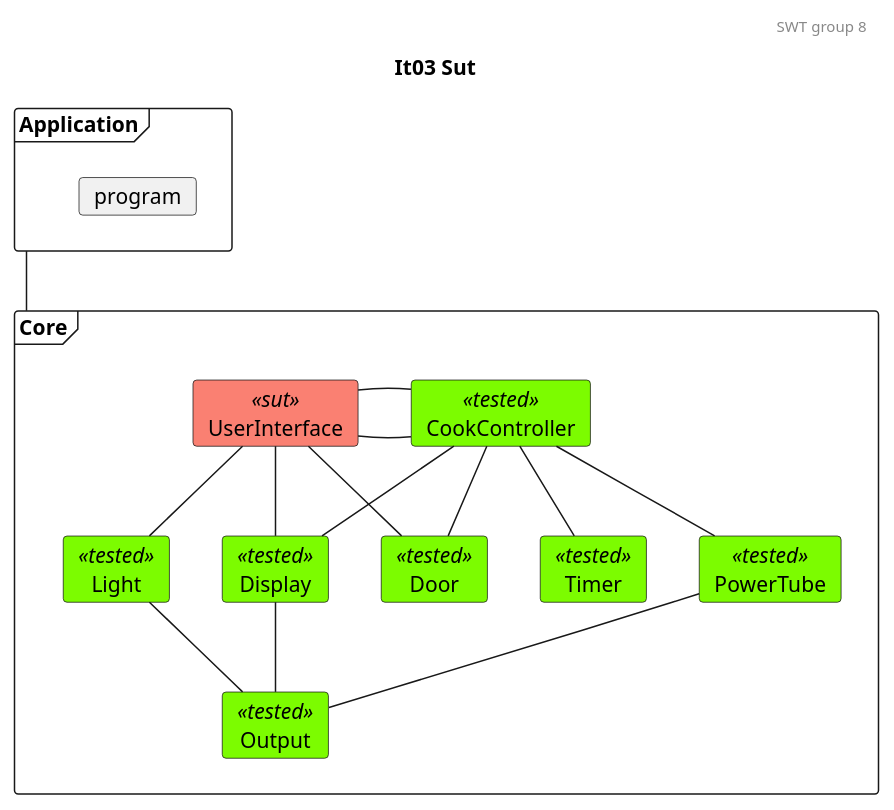
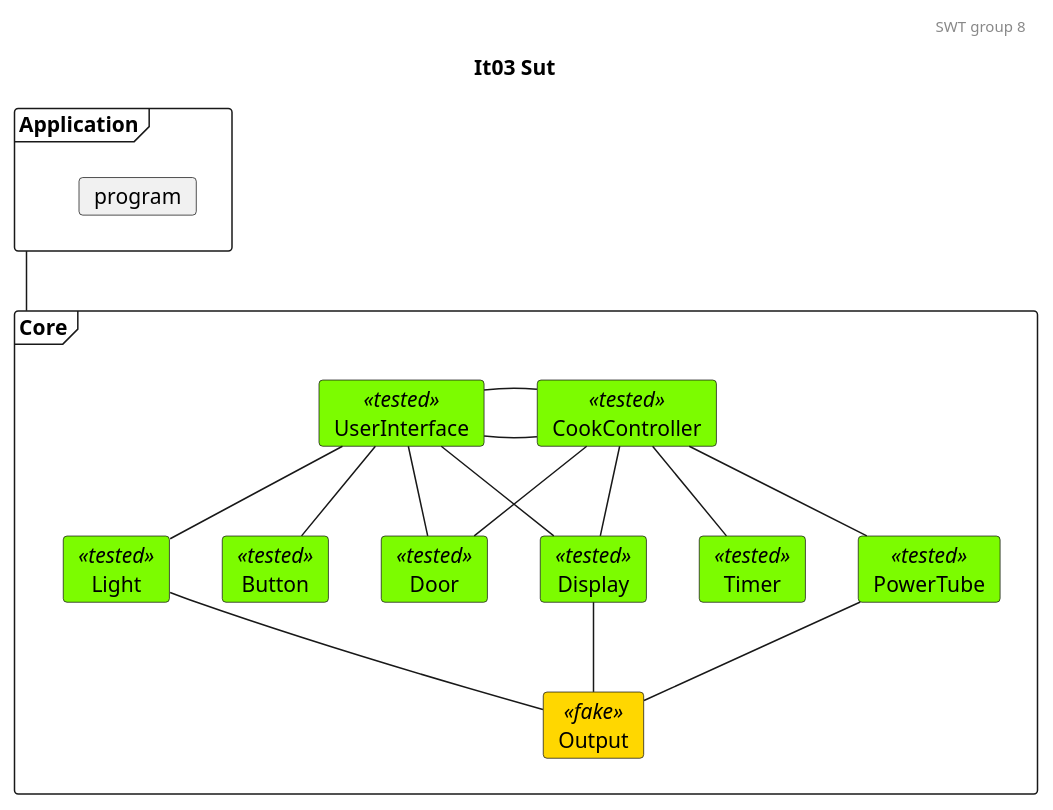
The diagram in docs/SysTestTree3.plantuml (mikkel-ol/I4SWT-MicrowaveOven), drawn with PlantUML before and after one commit. The commit also changed 5 other files, not shown here.

```diff
--- a/docs/SysTestTree3.plantuml
+++ b/docs/SysTestTree3.plantuml
@@ -1,57 +1,60 @@
 @startuml
 
 'Testing colors:
 skinparam card{
     backgroundColor<<tested>> lawngreen
     backgroundColor<<sut>> salmon
-    'backgroundColor<<tested>> gold
+    backgroundColor<<test>> salmon
+    backgroundColor<<fake>> gold
 }
 
 header SWT group 8
 title It03 Sut
 
 frame Application{
     card program
 }
 
 frame Core{
-    card UserInterface<<sut>>
+    card UserInterface<<tested>>
     card CookController<<tested>>
 
     card Door<<tested>>
     card Light<<tested>>
     card Timer<<tested>>
     card PowerTube<<tested>>
     card Display<<tested>>
-    card Output<<tested>>
+    card Output<<fake>>
+    card Button<<tested>>
 }
 
 'Relations projects
 ' 0. to 1.
 Application -- Core
 
 'Relations CookController:
 '1.
 CookController - UserInterface
 '1. to 2.
 CookController -- Door
 CookController -- Timer
 CookController -- PowerTube
 CookController -- Display
 
 'Relations UserInterface:
 '1.
 UserInterface - CookController
 '1. to 2.
 UserInterface -- Light
 UserInterface -- Door
 UserInterface -- Display
+UserInterface -- Button
 
 ' Relations 2. to 3.
 Light -- Output
 Display -- Output
 PowerTube -- Output
 
 
 
 @enduml
```
